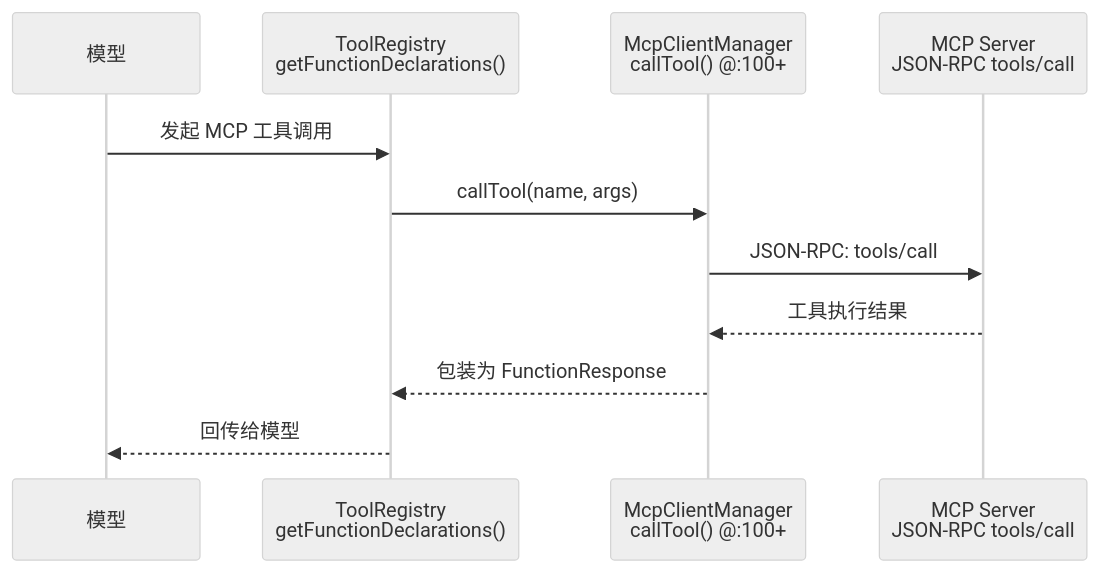
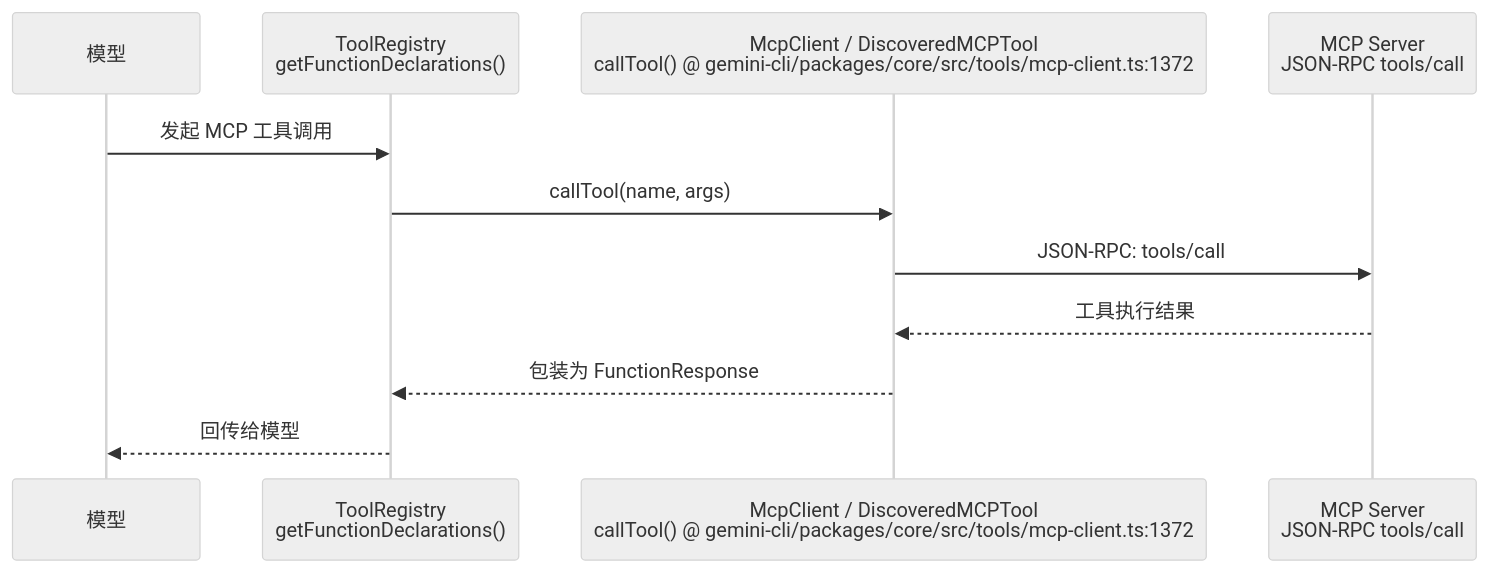
The diagram in hello-gemini-cli/06-extension-mcp.md (feuyeux/hello-olleh), drawn with Mermaid before and after one commit. The commit also changed other lines of this file and 36 other files, not shown here.

````diff
--- a/hello-gemini-cli/06-extension-mcp.md
+++ b/hello-gemini-cli/06-extension-mcp.md
@@ -32,15 +32,15 @@
 ```mermaid
 %%{init: {'theme': 'neutral'}}%%
 sequenceDiagram
     participant LLM as 模型
     participant Reg as ToolRegistry<br/>getFunctionDeclarations()
-    participant MCP as McpClientManager<br/>callTool() @:100+
+    participant MCP as McpClient / DiscoveredMCPTool<br/>callTool() @ gemini-cli/packages/core/src/tools/mcp-client.ts:1372
     participant Srv as MCP Server<br/>JSON-RPC tools/call
 
     LLM->>Reg: 发起 MCP 工具调用
     Reg->>MCP: callTool(name, args)
     MCP->>Srv: JSON-RPC: tools/call
     Srv-->>MCP: 工具执行结果
     MCP-->>Reg: 包装为 FunctionResponse
     Reg-->>LLM: 回传给模型
 ```
````
